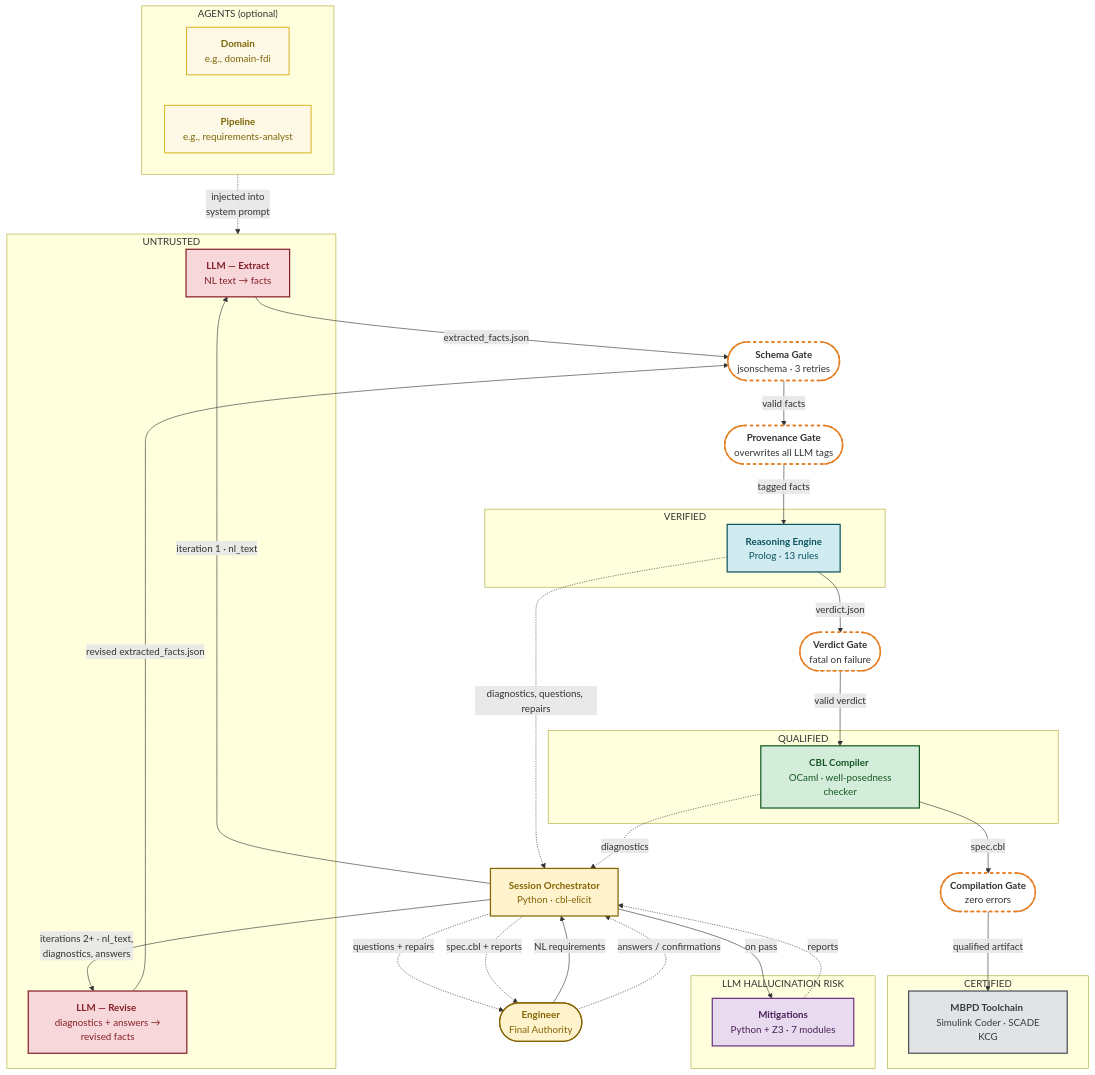
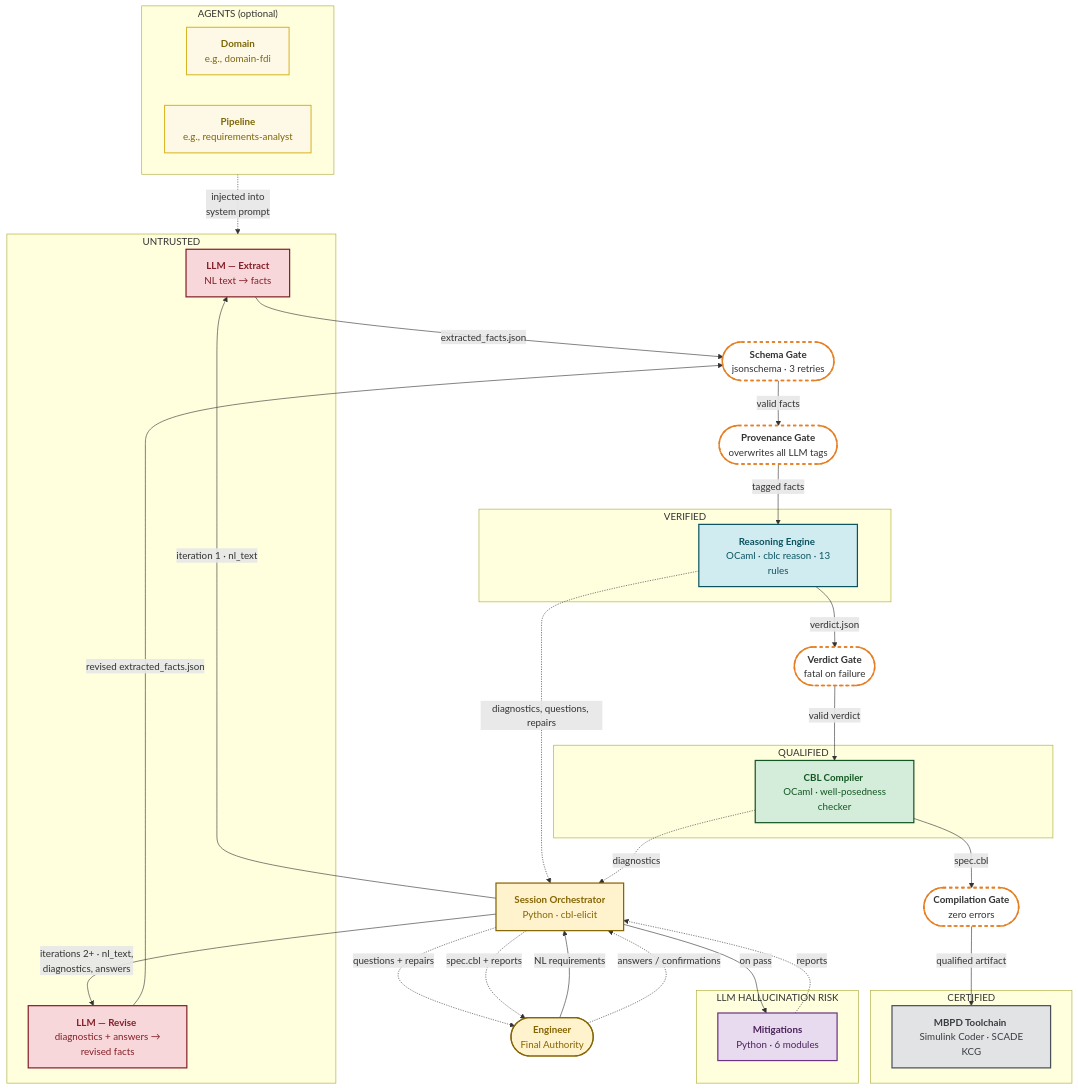
The first of 2 diagrams in ARCHITECTURE.md (isrlab/cbl), drawn with Mermaid before and after one commit. The commit also changed other lines of this file and 28 other files, not shown here.

```diff
--- a/ARCHITECTURE.md
+++ b/ARCHITECTURE.md
@@ -59,14 +59,14 @@
 
     %% ── Row 6: Reasoning Engine ──
     subgraph VZ ["VERIFIED"]
-        Prolog["<b>Reasoning Engine</b> <br> Prolog · 13 rules"]:::verified
+        Reason["<b>Reasoning Engine</b> <br> OCaml · cblc reason · 13 rules"]:::verified
     end
-    Provenance -- "tagged facts" --> Prolog
-    Prolog -. "diagnostics, questions, repairs" .-> Session
+    Provenance -- "tagged facts" --> Reason
+    Reason -. "diagnostics, questions, repairs" .-> Session
 
     %% ── Row 7: Verdict Gate ──
     VerdictGate(["<b>Verdict Gate</b> <br> fatal on failure"]):::gate
-    Prolog -- "verdict.json" --> VerdictGate
+    Reason -- "verdict.json" --> VerdictGate
 
     %% ── Row 8: Compiler ──
     subgraph QZ ["QUALIFIED"]
@@ -85,7 +85,7 @@
     end
 
     subgraph MZ ["LLM HALLUCINATION RISK"]
-        Mitigations["<b>Mitigations</b> <br> Python + Z3 · 7 modules"]:::mitigated
+        Mitigations["<b>Mitigations</b> <br> Python · 6 modules"]:::mitigated
     end
 
     CompilerGate -- "qualified artifact" --> MBPD
```
